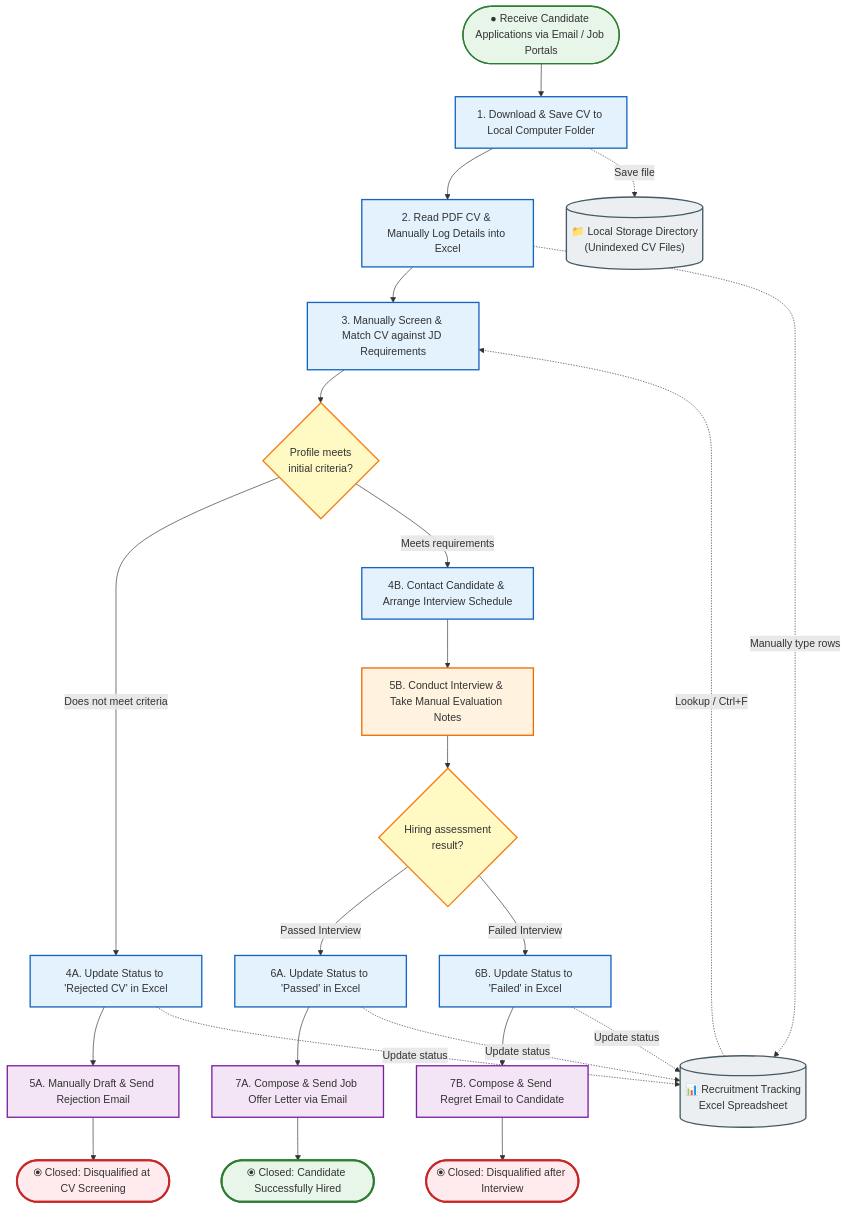
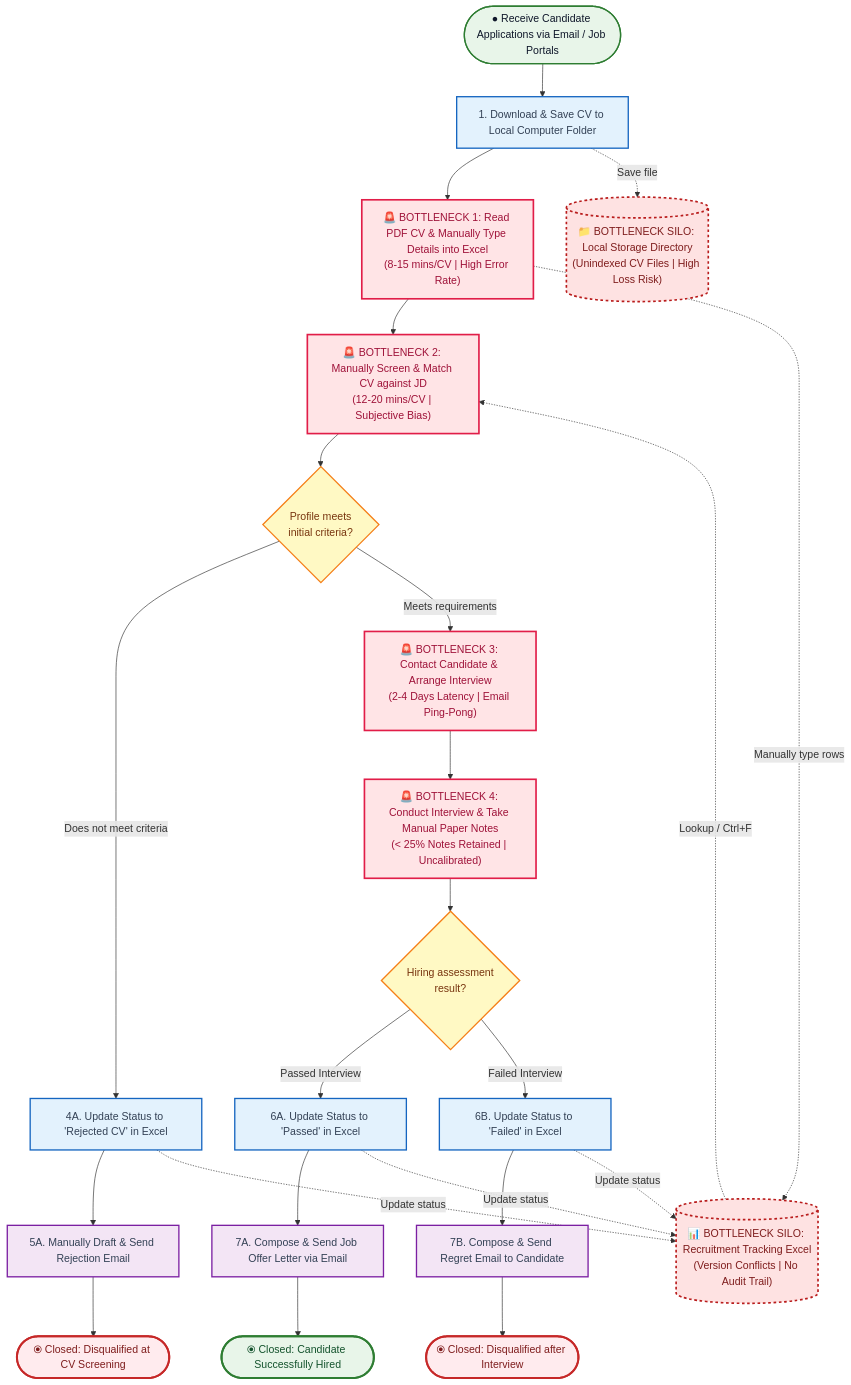
One commit to TheBigMouse-Fstack/ats-applicant_tracking_system changed the first of 2 diagrams in docs/diagrams/01_as_is_recruitment_process_bpmn.md. Above: the diagram before and after it, drawn with Mermaid. The commit also changed other lines of this file and 2 other files, not shown here.

Commit message:
docs(bpmn): add OMG BPMN in Color red highlights to AS-IS bottleneck tasks and data stores

````diff
--- a/docs/diagrams/01_as_is_recruitment_process_bpmn.md
+++ b/docs/diagrams/01_as_is_recruitment_process_bpmn.md
@@ -45,18 +45,29 @@
 ```mermaid
 flowchart TD
+    %% LANES & STYLING DEFINITIONS
+    classDef startEvent fill:#f1f5f9,stroke:#64748b,stroke-width:2px,color:#0f172a;
+    classDef endEvent fill:#fee2e2,stroke:#ef4444,stroke-width:2px,color:#7f1d1d;
+    classDef endPassEvent fill:#dcfce7,stroke:#16a34a,stroke-width:2px,color:#14532d;
+    classDef userTask fill:#f8fafc,stroke:#94a3b8,stroke-width:1.5px,color:#334155;
+    classDef sendTask fill:#f1f5f9,stroke:#64748b,stroke-width:1.5px,color:#334155;
+    classDef manualTask fill:#f8fafc,stroke:#94a3b8,stroke-width:1.5px,color:#334155;
+    classDef gateway fill:#fef3c7,stroke:#d97706,stroke-width:2px,color:#78350f;
+    classDef bottleneck fill:#ffe4e6,stroke:#e11d48,stroke-width:2.5px,color:#9f1239;
+    classDef bottleneckData fill:#fee2e2,stroke:#b91c1c,stroke-width:2.5px,stroke-dasharray: 4 4,color:#7f1d1d;
+
     %% START EVENT
     Start(["● Receive Candidate Applications via Email / Job Portals"]):::startEvent
 
     %% STEP 1 & 2
     T1["1. Download & Save CV to Local Computer Folder"]:::userTask
-    T2["2. Read PDF CV & Manually Log Details into Excel"]:::userTask
+    T2["🚨 BOTTLENECK 1: Read PDF CV & Manually Type Details into Excel<br>(8-15 mins/CV | High Error Rate)"]:::bottleneck
 
-    %% DATA STORES
-    DB_Folder[("📁 Local Storage Directory<br>(Unindexed CV Files)")]:::dataStore
-    DB_Excel[("📊 Recruitment Tracking<br>Excel Spreadsheet")]:::dataStore
+    %% DATA STORES (CRITICAL SILOS)
+    DB_Folder[("📁 BOTTLENECK SILO: Local Storage Directory<br>(Unindexed CV Files | High Loss Risk)")]:::bottleneckData
+    DB_Excel[("📊 BOTTLENECK SILO: Recruitment Tracking Excel<br>(Version Conflicts | No Audit Trail)")]:::bottleneckData
 
     %% STEP 3: SCREENING
-    T3["3. Manually Screen & Match CV against JD Requirements"]:::userTask
+    T3["🚨 BOTTLENECK 2: Manually Screen & Match CV against JD<br>(12-20 mins/CV | Subjective Bias)"]:::bottleneck
     GW1{"Profile meets<br>initial criteria?"}:::gateway
 
     %% REJECT AT CV STAGE
@@ -65,8 +76,8 @@
     End_RejCV(["⦿ Closed: Disqualified at CV Screening"]):::endEvent
 
     %% INTERVIEW & EVALUATION
-    T4["4B. Contact Candidate & Arrange Interview Schedule"]:::userTask
-    T5["5B. Conduct Interview & Take Manual Evaluation Notes"]:::manualTask
+    T4["🚨 BOTTLENECK 3: Contact Candidate & Arrange Interview<br>(2-4 Days Latency | Email Ping-Pong)"]:::bottleneck
+    T5["🚨 BOTTLENECK 4: Conduct Interview & Take Manual Paper Notes<br>(< 25% Notes Retained | Uncalibrated)"]:::bottleneck
     GW2{"Hiring assessment<br>result?"}:::gateway
 
     %% PASS / HIRED BRANCH
````
